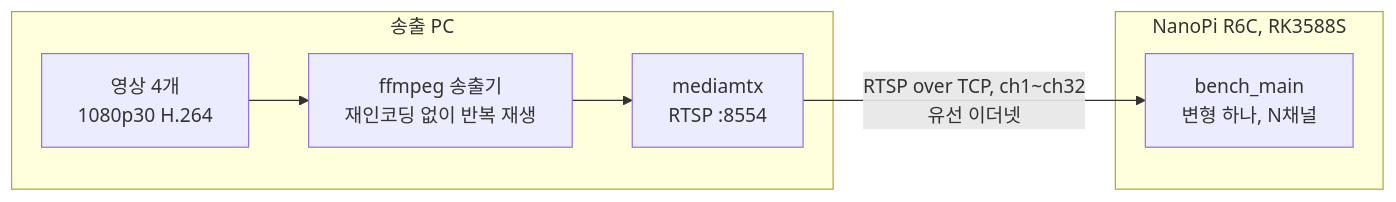
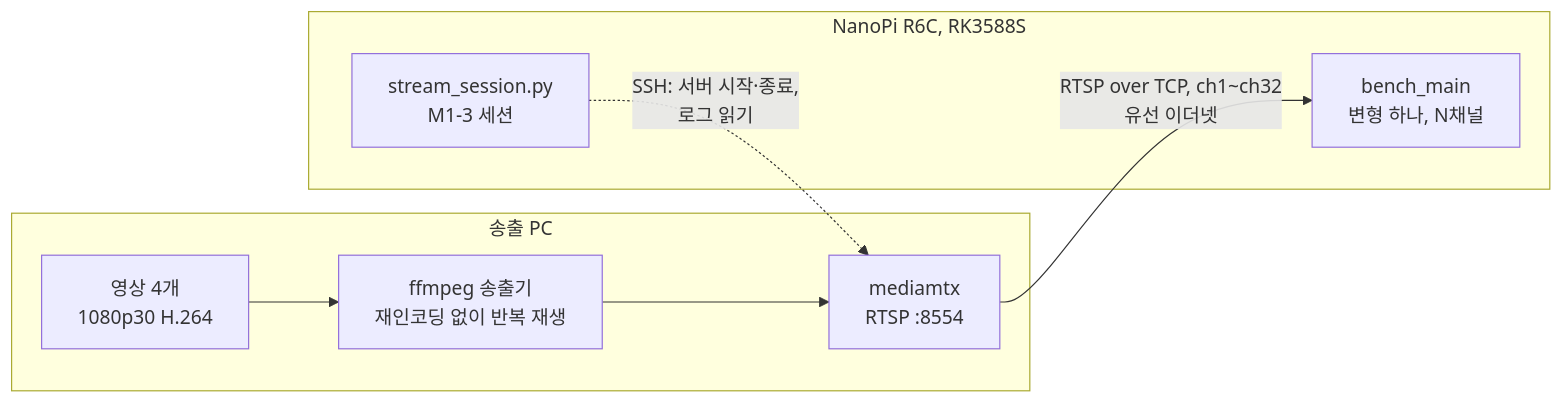
Before and after one commit to eunkyo3/rk3588s-zero-copy: the first of 3 diagrams in README.ko.md, drawn with Mermaid. The commit also changed other lines of this file and 466 other files, not shown here.

````diff
--- a/README.ko.md
+++ b/README.ko.md
@@ -40,11 +40,13 @@
 ```mermaid
 flowchart LR
     subgraph PC["송출 PC"]
         V["영상 4개<br>1080p30 H.264"] --> P["ffmpeg 송출기<br>재인코딩 없이 반복 재생"]
         P --> M["mediamtx<br>RTSP :8554"]
     end
     subgraph BOARD["NanoPi R6C, RK3588S"]
         BM["bench_main<br>변형 하나, N채널"]
+        SS["stream_session.py<br>M1-3 세션"]
     end
     M -- "RTSP over TCP, ch1~ch32<br>유선 이더넷" --> BM
+    SS -. "SSH: 서버 시작·종료,<br>로그 읽기" .-> M
 ```
````
